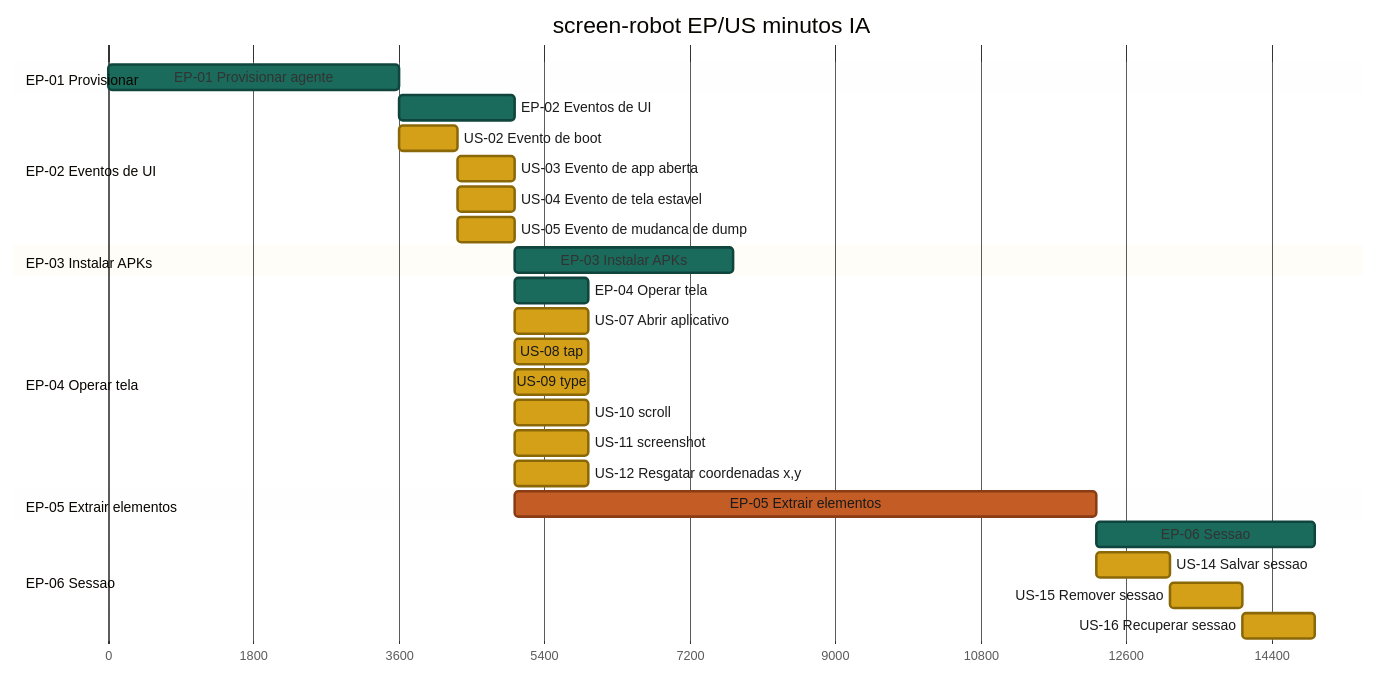
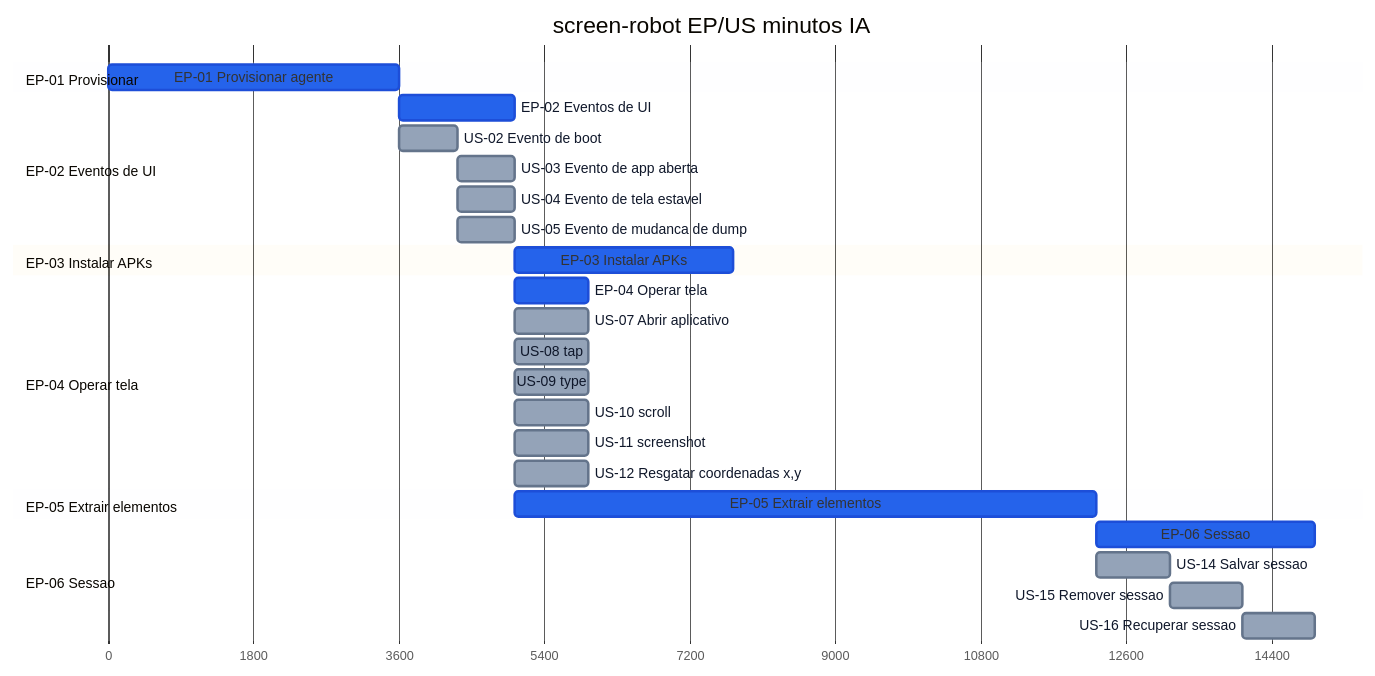
One commit to laerciogermano/workstation changed the diagram in connectmax/screen-robot/roadmap.md. Above: the diagram before and after it, drawn with Mermaid. The commit also changed other lines of this file and 2 other files, not shown here.

Commit message:
Simplifica o Gantt do roadmap para duas cores (EP azul, US cinza).

````diff
--- a/connectmax/screen-robot/roadmap.md
+++ b/connectmax/screen-robot/roadmap.md
@@ -15,53 +15,53 @@
 ```mermaid
 ---
 config:
   theme: base
   themeVariables:
-    doneTaskBkgColor: '#1a6b5c'
-    doneTaskBorderColor: '#0f453c'
-    taskBkgColor: '#d4a017'
-    taskBorderColor: '#8a6808'
-    taskTextColor: '#1a1a1a'
+    doneTaskBkgColor: '#2563eb'
+    doneTaskBorderColor: '#1d4ed8'
+    taskBkgColor: '#94a3b8'
+    taskBorderColor: '#64748b'
+    taskTextColor: '#0f172a'
     taskTextLightColor: '#ffffff'
-    taskTextOutsideColor: '#1a1a1a'
-    critBkgColor: '#c45c26'
-    critBorderColor: '#8a3d14'
-    activeTaskBkgColor: '#d4a017'
-    activeTaskBorderColor: '#8a6808'
+    taskTextOutsideColor: '#0f172a'
+    critBkgColor: '#2563eb'
+    critBorderColor: '#1d4ed8'
+    activeTaskBkgColor: '#94a3b8'
+    activeTaskBorderColor: '#64748b'
 ---
 gantt
   title screen-robot EP/US minutos IA
   dateFormat X
   axisFormat %s
 
   section EP-01 Provisionar
   EP-01 Provisionar agente              :done, ep01, 0, 60m
 
   section EP-02 Eventos de UI
   EP-02 Eventos de UI                   :done, ep02, after ep01, 24m
   US-02 Evento de boot                  :us02, after ep01, 12m
   US-03 Evento de app aberta            :us03, after us02, 12m
   US-04 Evento de tela estavel          :us04, after us02, 12m
   US-05 Evento de mudanca de dump       :us05, after us02, 12m
 
   section EP-03 Instalar APKs
   EP-03 Instalar APKs                   :done, ep03, after us05, 45m
 
   section EP-04 Operar tela
   EP-04 Operar tela                     :done, ep04, after us05, 15m
   US-07 Abrir aplicativo                :us07, after us05, 15m
   US-08 tap                             :us08, after us05, 15m
   US-09 type                            :us09, after us05, 15m
   US-10 scroll                          :us10, after us05, 15m
   US-11 screenshot                      :us11, after us05, 15m
   US-12 Resgatar coordenadas x,y        :us12, after us05, 15m
 
   section EP-05 Extrair elementos
-  EP-05 Extrair elementos               :crit, ep05, after us05, 120m
+  EP-05 Extrair elementos               :done, ep05, after us05, 120m
 
   section EP-06 Sessao
   EP-06 Sessao                          :done, ep06, after ep05, 45m
   US-14 Salvar sessao                   :us14, after ep05, 15m
   US-15 Remover sessao                  :us15, after us14, 15m
   US-16 Recuperar sessao                :us16, after us15, 15m
 ```
````
